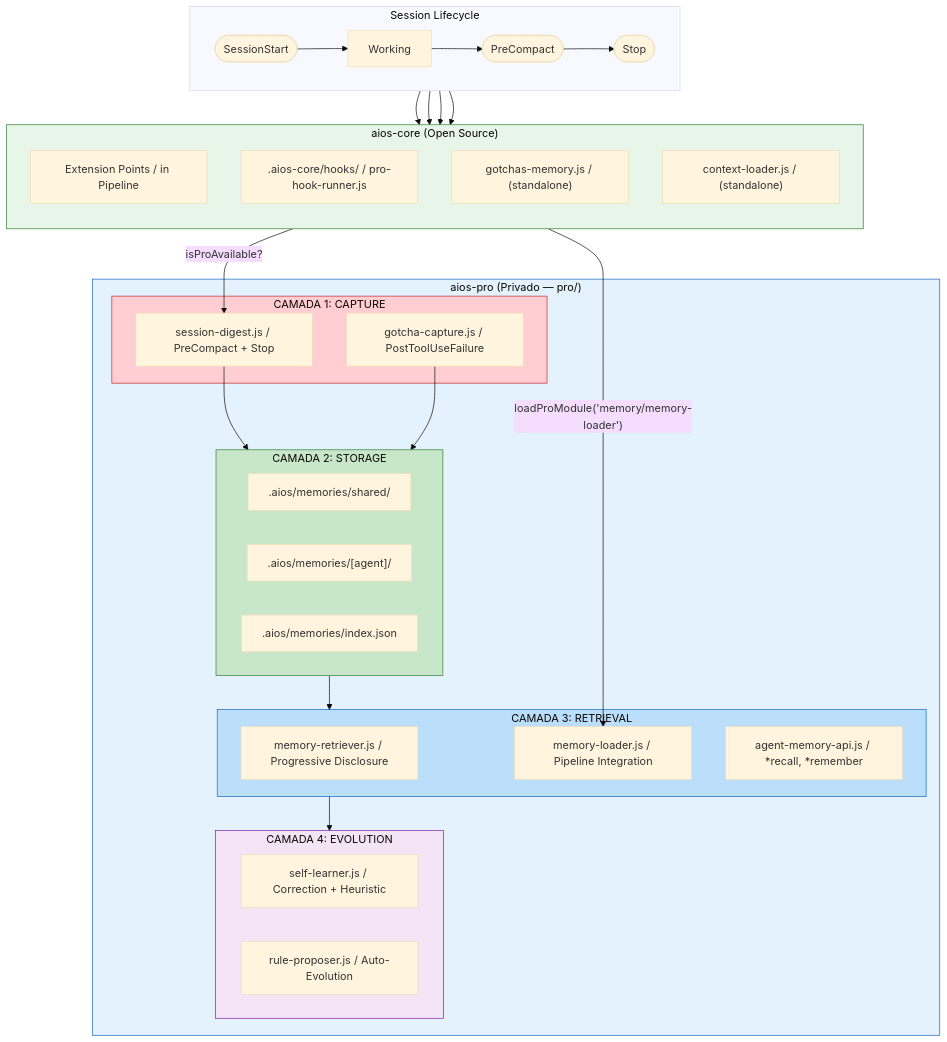
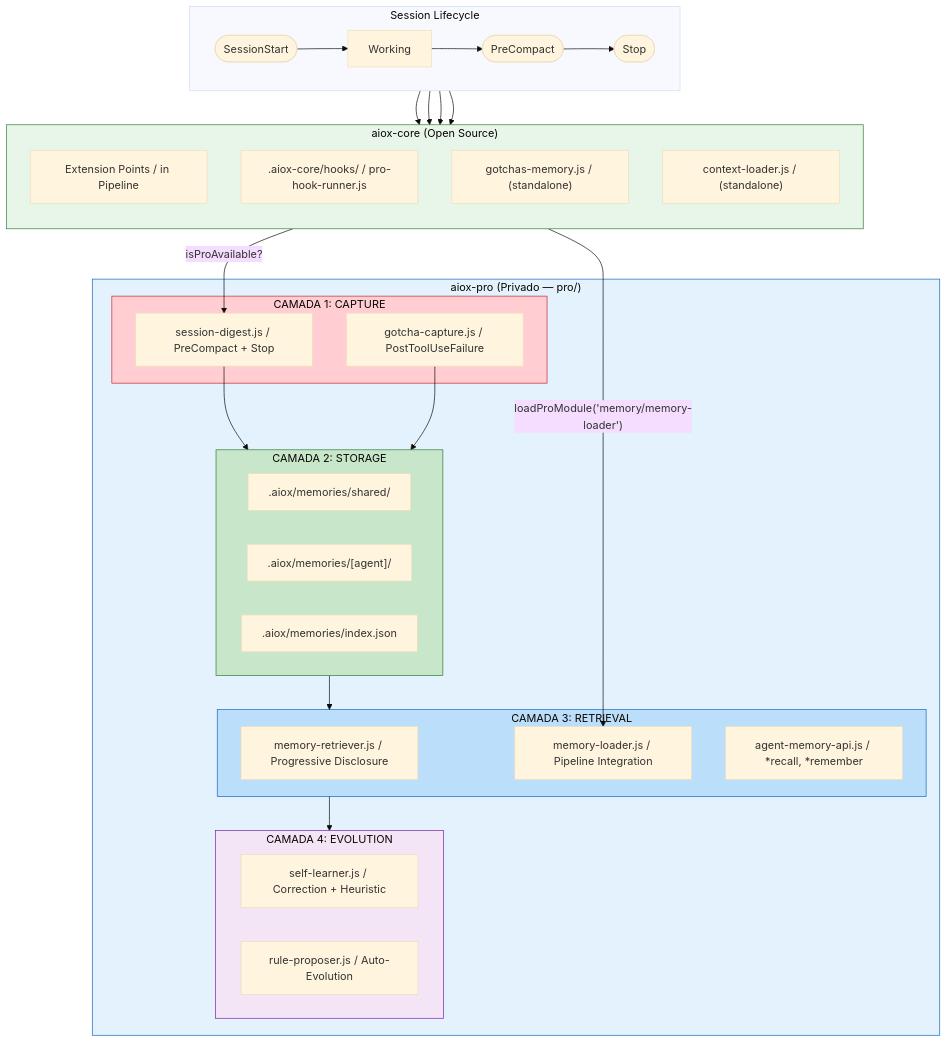
Before and after one commit to bychrisr/aios-docs: the second of 11 diagrams in content/en/docs/guides/MEMORY-INTELLIGENCE-SYSTEM.mdx, drawn with Mermaid (base theme). The commit also changed other lines of this file and 564 other files, not shown here.

Commit message:
chore(sync): auto-sync from aios-core 2026-03-05 [skip ci]

````diff
--- a/content/en/docs/guides/MEMORY-INTELLIGENCE-SYSTEM.mdx
+++ b/content/en/docs/guides/MEMORY-INTELLIGENCE-SYSTEM.mdx
@@ -296,59 +296,59 @@
 ```mermaid
 flowchart TB
     subgraph SESSION["Session Lifecycle"]
         direction LR
         SS([SessionStart]) --> WORK[Working] --> PC([PreCompact]) --> STOP([Stop])
     end
 
-    subgraph CORE_BOUNDARY["aios-core (Open Source)"]
+    subgraph CORE_BOUNDARY["aiox-core (Open Source)"]
         direction TB
         EXT["Extension Points / in Pipeline"]
-        HOOK_RUNNER[".aios-core/hooks/ / pro-hook-runner.js"]
+        HOOK_RUNNER[".aiox-core/hooks/ / pro-hook-runner.js"]
         GOTCHAS["gotchas-memory.js / (standalone)"]
         CTX_LOADER["context-loader.js / (standalone)"]
     end
 
-    subgraph PRO_BOUNDARY["aios-pro (Privado — pro/)"]
+    subgraph PRO_BOUNDARY["aiox-pro (Privado — pro/)"]
         subgraph CAPTURE["CAMADA 1: CAPTURE"]
             C1["session-digest.js / PreCompact + Stop"]
             C2["gotcha-capture.js / PostToolUseFailure"]
         end
 
         subgraph STORAGE["CAMADA 2: STORAGE"]
-            ST1[".aios/memories/shared/"]
-            ST2[".aios/memories/[agent]/"]
-            ST3[".aios/memories/index.json"]
+            ST1[".aiox/memories/shared/"]
+            ST2[".aiox/memories/[agent]/"]
+            ST3[".aiox/memories/index.json"]
         end
 
         subgraph RETRIEVAL["CAMADA 3: RETRIEVAL"]
             R1["memory-retriever.js / Progressive Disclosure"]
             R2["memory-loader.js / Pipeline Integration"]
             R3["agent-memory-api.js / *recall, *remember"]
         end
 
         subgraph EVOLUTION["CAMADA 4: EVOLUTION"]
             E1["self-learner.js / Correction + Heuristic"]
             E2["rule-proposer.js / Auto-Evolution"]
         end
     end
 
     PC --> HOOK_RUNNER
     STOP --> HOOK_RUNNER
     HOOK_RUNNER -->|"isProAvailable?"| C1
     WORK --> GOTCHAS
 
     C1 --> STORAGE
     C2 --> STORAGE
     STORAGE --> RETRIEVAL
     RETRIEVAL --> EVOLUTION
 
     SS --> EXT
     EXT -->|"loadProModule('memory/memory-loader')"| R2
 
     style CORE_BOUNDARY fill:#E8F5E9,stroke:#2E7D32
     style PRO_BOUNDARY fill:#E3F2FD,stroke:#1565C0
     style CAPTURE fill:#FFCDD2,stroke:#C62828
     style STORAGE fill:#C8E6C9,stroke:#2E7D32
     style RETRIEVAL fill:#BBDEFB,stroke:#1565C0
     style EVOLUTION fill:#F3E5F5,stroke:#7B1FA2
 ```
````
